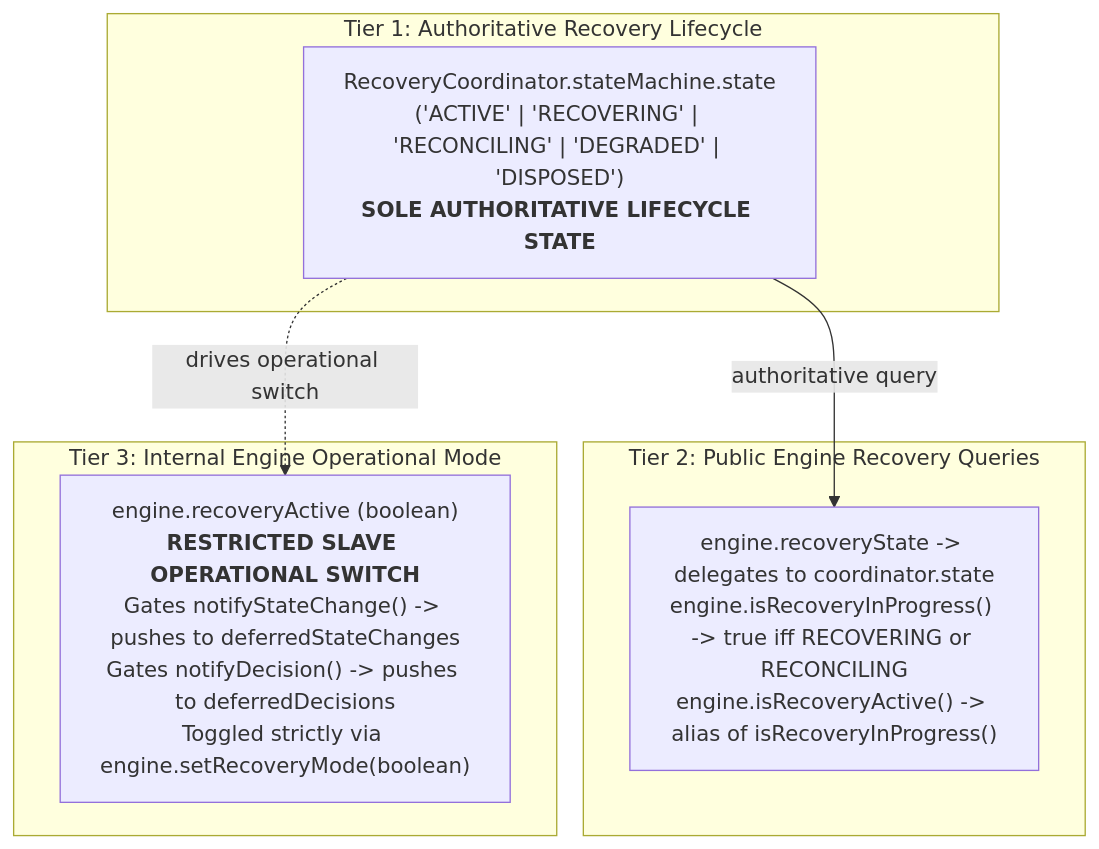
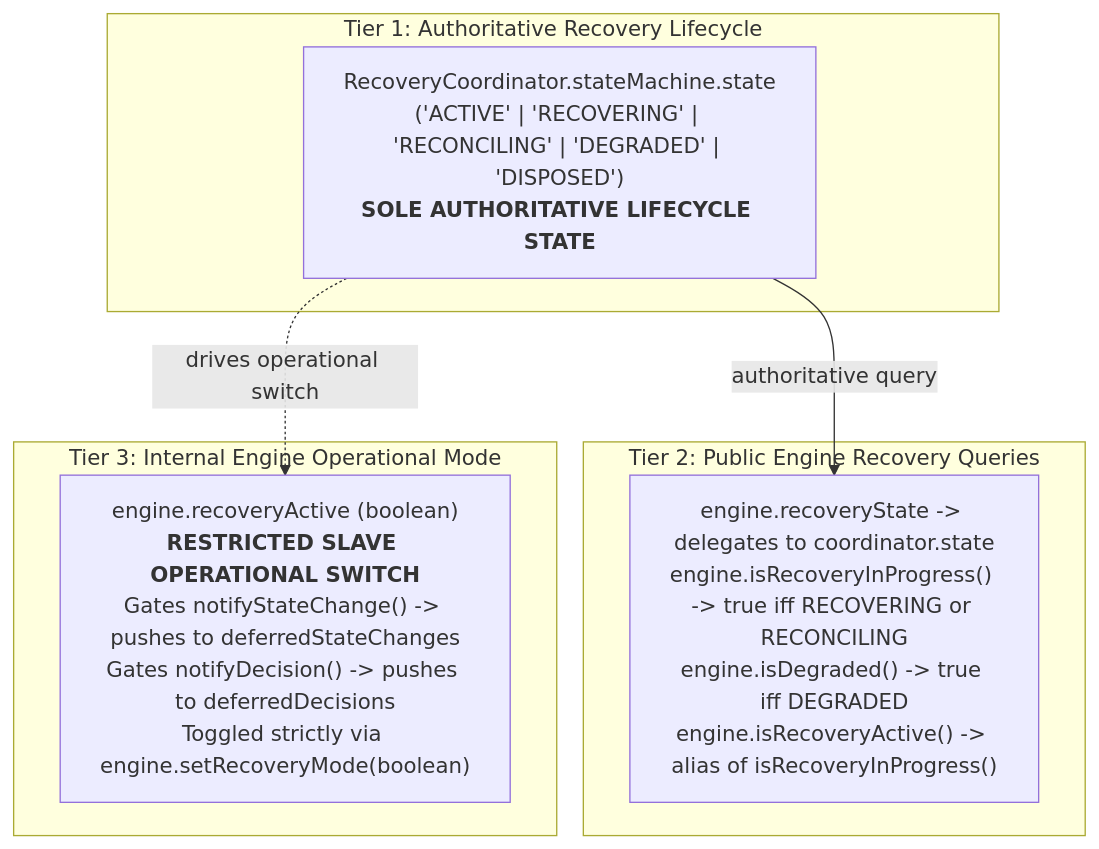
Before and after one commit to Tejdeepakchandra/SyncPlay_Protocol: the second of 3 diagrams in docs/PHASE7_5_M5_ARCHITECTURE.md, drawn with Mermaid. The commit also changed other lines of this file and 5 other files, not shown here.

````diff
--- a/docs/PHASE7_5_M5_ARCHITECTURE.md
+++ b/docs/PHASE7_5_M5_ARCHITECTURE.md
@@ -100,17 +100,17 @@
 ```mermaid
 flowchart TD
     subgraph Tier1 ["Tier 1: Authoritative Recovery Lifecycle"]
         RC_State["RecoveryCoordinator.stateMachine.state<br/>('ACTIVE' | 'RECOVERING' | 'RECONCILING' | 'DEGRADED' | 'DISPOSED')<br/><b>SOLE AUTHORITATIVE LIFECYCLE STATE</b>"]
     end
 
     subgraph Tier2 ["Tier 2: Public Engine Recovery Queries"]
-        LSE_State["engine.recoveryState -> delegates to coordinator.state<br/>engine.isRecoveryInProgress() -> true iff RECOVERING or RECONCILING<br/>engine.isRecoveryActive() -> alias of isRecoveryInProgress()"]
+        LSE_State["engine.recoveryState -> delegates to coordinator.state<br/>engine.isRecoveryInProgress() -> true iff RECOVERING or RECONCILING<br/>engine.isDegraded() -> true iff DEGRADED<br/>engine.isRecoveryActive() -> alias of isRecoveryInProgress()"]
     end
 
     subgraph Tier3 ["Tier 3: Internal Engine Operational Mode"]
         LSE_Flag["engine.recoveryActive (boolean)<br/><b>RESTRICTED SLAVE OPERATIONAL SWITCH</b><br/>Gates notifyStateChange() -> pushes to deferredStateChanges<br/>Gates notifyDecision() -> pushes to deferredDecisions<br/>Toggled strictly via engine.setRecoveryMode(boolean)"]
     end
 
     RC_State -->|authoritative query| LSE_State
     RC_State -.->|drives operational switch| LSE_Flag
 ```
````
